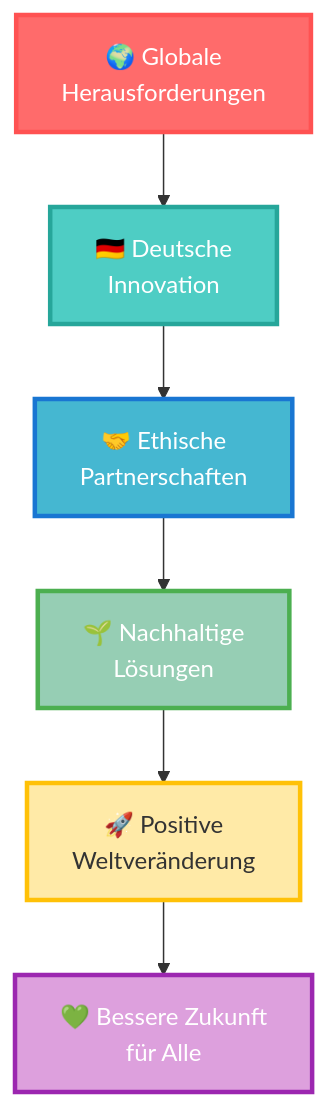
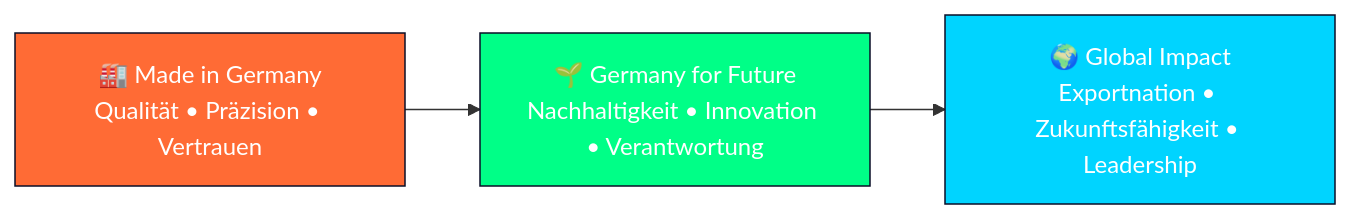
One commit to made-in-germany-global/germany-for-future changed the second of 2 diagrams in README.md. Above: the diagram before and after it, drawn with Mermaid. The commit also changed other lines of this file, not shown here.

````diff
--- a/README.md
+++ b/README.md
@@ -74,15 +188,9 @@
 ```mermaid
-flowchart TD
-    A["🌍 Globale<br/>Herausforderungen"] --> B["🇩🇪 Deutsche<br/>Innovation"]
-    B --> C["🤝 Ethische<br/>Partnerschaften"]
-    C --> D["🌱 Nachhaltige<br/>Lösungen"]
-    D --> E["🚀 Positive<br/>Weltveränderung"]
-    E --> F["💚 Bessere Zukunft<br/>für Alle"]
+graph LR
+    A[🏭 Made in Germany<br/>Qualität • Präzision • Vertrauen] --> B[🌱 Germany for Future<br/>Nachhaltigkeit • Innovation • Verantwortung]
+    B --> C[🌍 Global Impact<br/>Exportnation • Zukunftsfähigkeit • Leadership]
     
-    style A fill:#FF6B6B,stroke:#FF5252,stroke-width:3px,color:#fff
-    style B fill:#4ECDC4,stroke:#26A69A,stroke-width:3px,color:#fff
-    style C fill:#45B7D1,stroke:#1976D2,stroke-width:3px,color:#fff
-    style D fill:#96CEB4,stroke:#4CAF50,stroke-width:3px,color:#fff
-    style E fill:#FFEAA7,stroke:#FFC107,stroke-width:3px,color:#333
-    style F fill:#DDA0DD,stroke:#9C27B0,stroke-width:3px,color:#fff
+    style A fill:#FF6B35,stroke:#0A0E27,color:#fff
+    style B fill:#00FF87,stroke:#0A0E27,color:#fff  
+    style C fill:#00D4FF,stroke:#0A0E27,color:#fff
 ```
````
